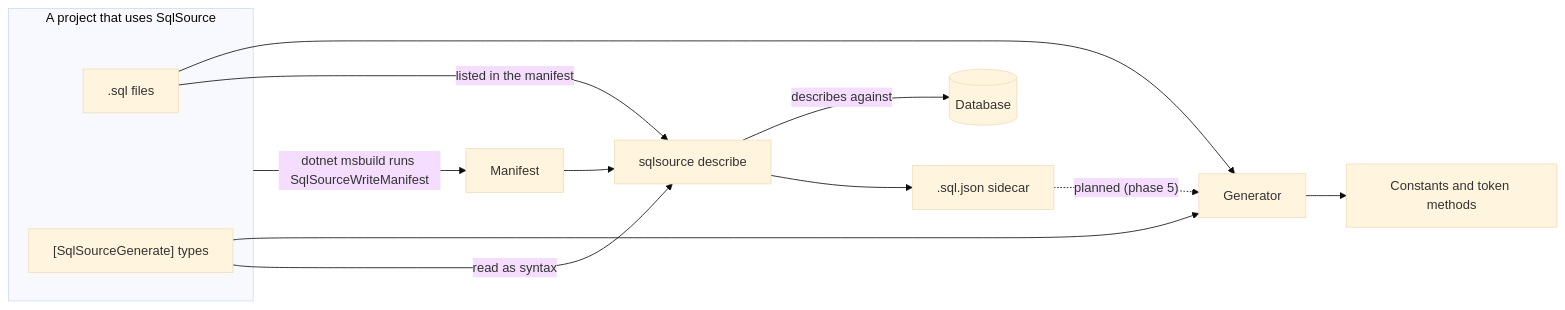
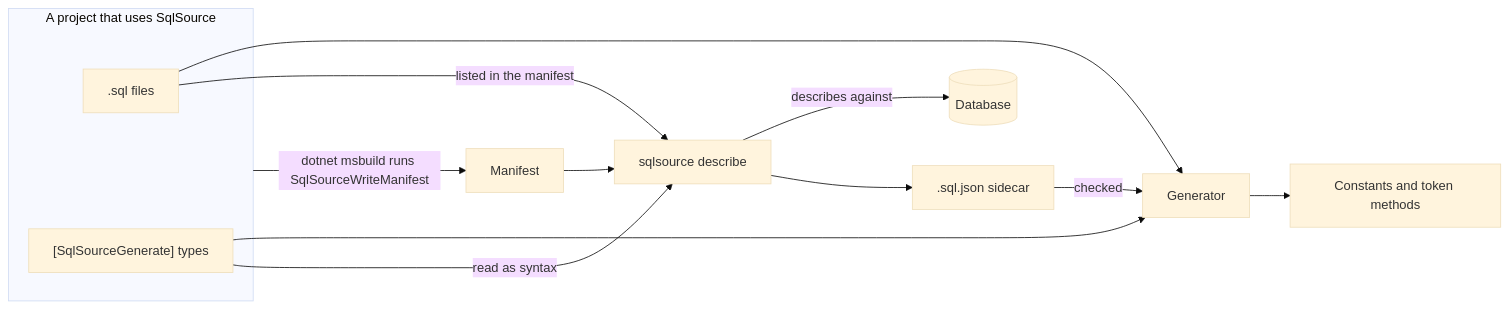
The diagram in docs/architecture/README.md (mbcrawfo/SqlSource), drawn with Mermaid (base theme) before and after one commit. The commit also changed other lines of this file and 20 other files, not shown here.

````diff
--- a/docs/architecture/README.md
+++ b/docs/architecture/README.md
@@ -14,17 +14,17 @@
 ```mermaid
 flowchart LR
     subgraph project["A project that uses SqlSource"]
         sql[".sql files"]
         attribute["[SqlSourceGenerate] types"]
     end
     sql --> generator["Generator"]
     attribute --> generator
     generator --> code["Constants and token methods"]
     project -->|"dotnet msbuild runs SqlSourceWriteManifest"| manifest["Manifest"]
     manifest --> tool["sqlsource describe"]
     sql -->|"listed in the manifest"| tool
     attribute -->|"read as syntax"| tool
     tool -->|"describes against"| database[("Database")]
     tool --> sidecar[".sql.json sidecar"]
-    sidecar -.->|"planned (phase 5)"| generator
+    sidecar -->|"checked"| generator
 ```
````
